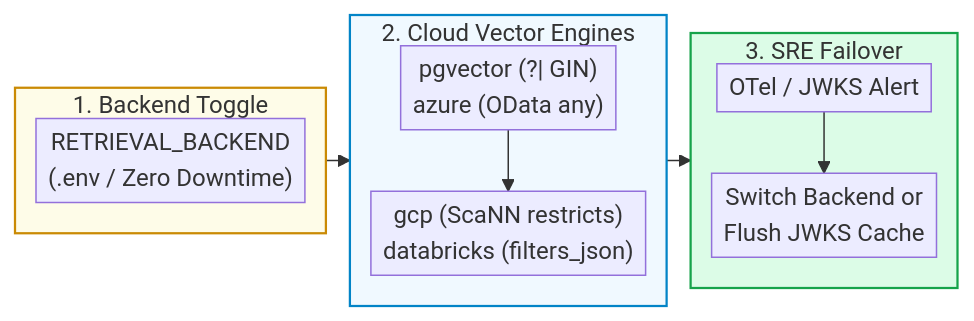
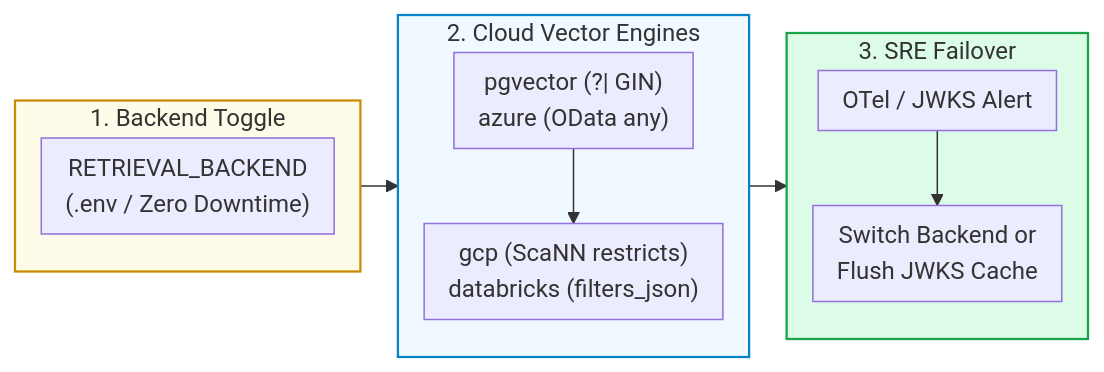
Before and after one commit to Kenono2000/enterprise-rag-pgvector-rbac: the seventh of 7 diagrams in README.md, drawn with Mermaid. The commit also changed other lines of this file and 10 other files, not shown here.

````diff
--- a/README.md
+++ b/README.md
@@ -186,20 +187,20 @@
 ```mermaid
-%%{init: {'flowchart': {'nodeSpacing': 8, 'rankSpacing': 16, 'padding': 4}}}%%
+%%{init: {'flowchart': {'nodeSpacing': 15, 'rankSpacing': 25, 'padding': 8}}}%%
 flowchart LR
     subgraph Router ["1. Backend Toggle"]
         direction TB
         Toggle["RETRIEVAL_BACKEND<br/>(.env / Zero Downtime)"]
     end
     subgraph Engines ["2. Cloud Vector Engines"]
         direction TB
         LocalAndAz["pgvector (?| GIN)<br/>azure (OData any)"] --> GcpAndDbx["gcp (ScaNN restricts)<br/>databricks (filters_json)"]
     end
     subgraph Runbook ["3. SRE Failover"]
         direction TB
         Alert["OTel / JWKS Alert"] --> Action["Switch Backend or<br/>Flush JWKS Cache"]
     end
     Router --> Engines --> Runbook
     style Router fill:#fefce8,stroke:#ca8a04,stroke-width:1.5px
     style Engines fill:#f0f9ff,stroke:#0284c7,stroke-width:1.5px
     style Runbook fill:#dcfce7,stroke:#16a34a,stroke-width:1.5px
 ```
````
